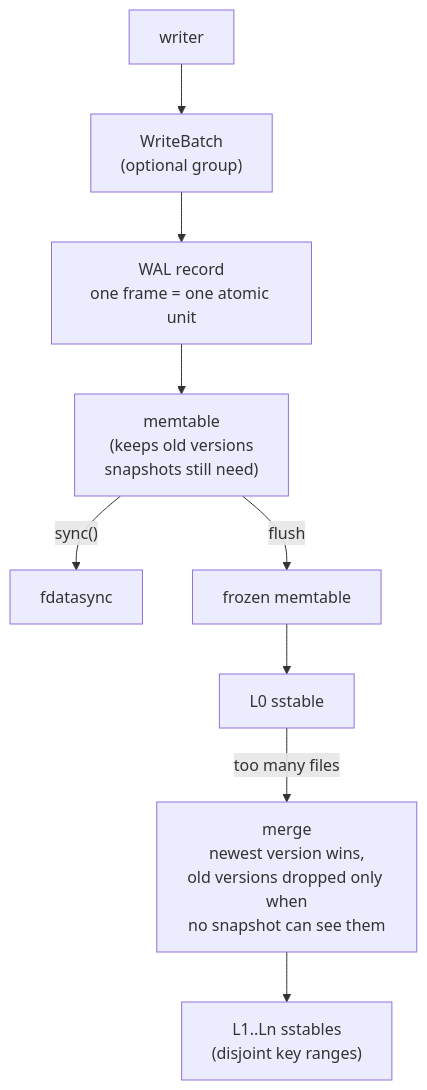
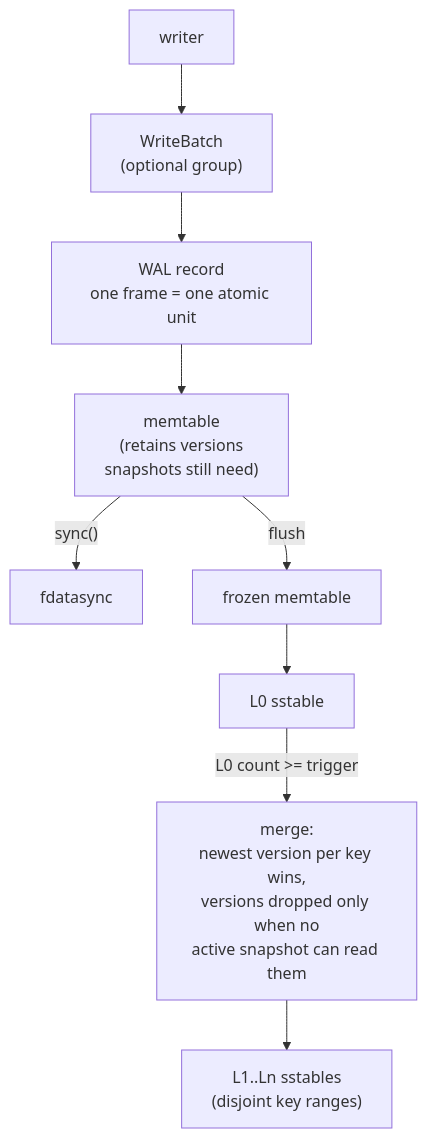
One commit to aetosdios27/kiban changed the first of 2 diagrams in README.md. Above: the diagram before and after it, drawn with Mermaid. The commit also changed other lines of this file, not shown here.

````diff
--- a/README.md
+++ b/README.md
@@ -56,10 +50,10 @@
 ```mermaid
 flowchart TD
     W[writer] --> WB["WriteBatch<br/>(optional group)"]
     WB --> WAL["WAL record<br/>one frame = one atomic unit"]
-    WAL --> MEM["memtable<br/>(keeps old versions<br/>snapshots still need)"]
+    WAL --> MEM["memtable<br/>(retains versions<br/>snapshots still need)"]
     MEM -- "sync()" --> DISK1[fdatasync]
     MEM -- "flush" --> IMM["frozen memtable"] --> SST0["L0 sstable"]
-    SST0 -- "too many files" --> COMP["merge<br/>newest version wins,<br/>old versions dropped only when<br/>no snapshot can see them"]
+    SST0 -- "L0 count >= trigger" --> COMP["merge:<br/>newest version per key wins,<br/>versions dropped only when no<br/>active snapshot can read them"]
     COMP --> SSTN["L1..Ln sstables<br/>(disjoint key ranges)"]
 ```
````
